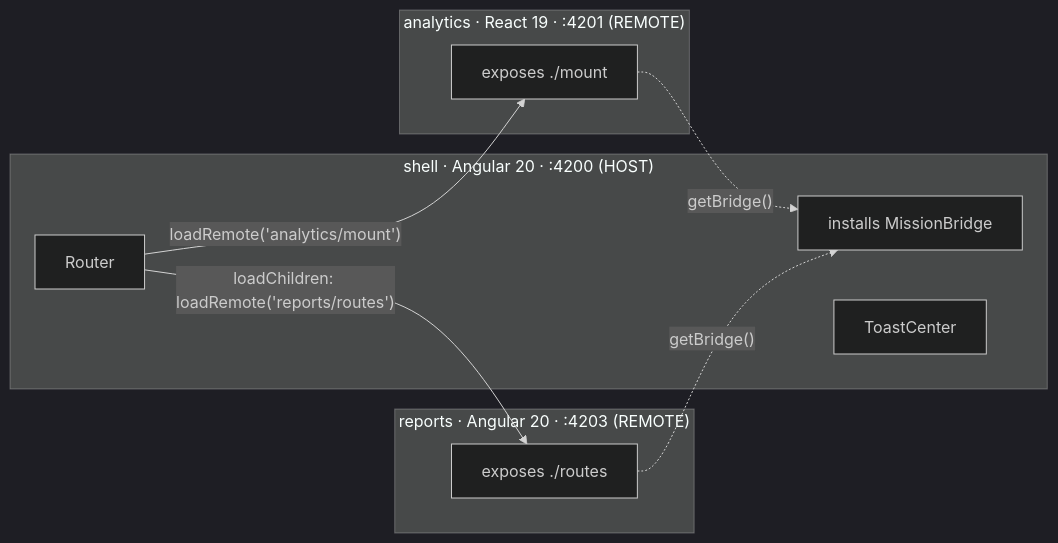
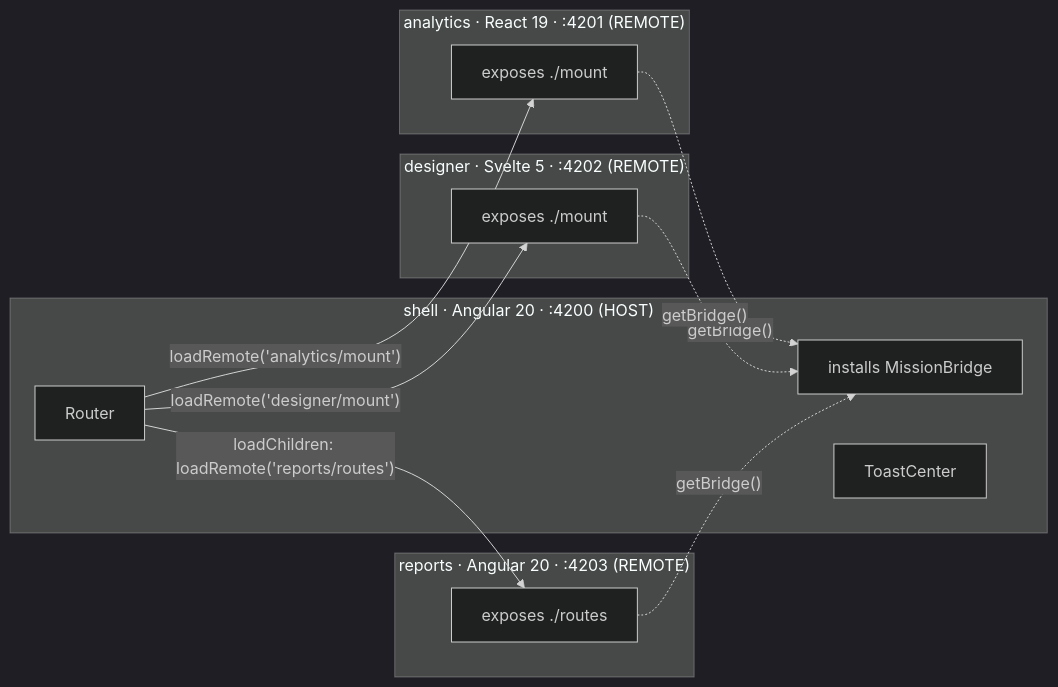
Before and after one commit to Robertcl795/MFEs-Mission-Control: the diagram in ARCHITECTURE.md, drawn with Mermaid (dark theme). The commit also changed other lines of this file and 26 other files, not shown here.

````diff
--- a/ARCHITECTURE.md
+++ b/ARCHITECTURE.md
@@ -7,18 +7,23 @@
 ```mermaid
 graph LR
     subgraph shell["shell · Angular 20 · :4200 (HOST)"]
         BR[installs MissionBridge]
         TC[ToastCenter]
         RT[Router]
     end
     subgraph analytics["analytics · React 19 · :4201 (REMOTE)"]
         AM["exposes ./mount"]
     end
+    subgraph designer["designer · Svelte 5 · :4202 (REMOTE)"]
+        DM["exposes ./mount"]
+    end
     subgraph reports["reports · Angular 20 · :4203 (REMOTE)"]
         RR["exposes ./routes"]
     end
     RT -- "loadRemote('analytics/mount')" --> AM
+    RT -- "loadRemote('designer/mount')" --> DM
     RT -- "loadChildren: loadRemote('reports/routes')" --> RR
     AM -. "getBridge()" .-> BR
+    DM -. "getBridge()" .-> BR
     RR -. "getBridge()" .-> BR
 ```
````
